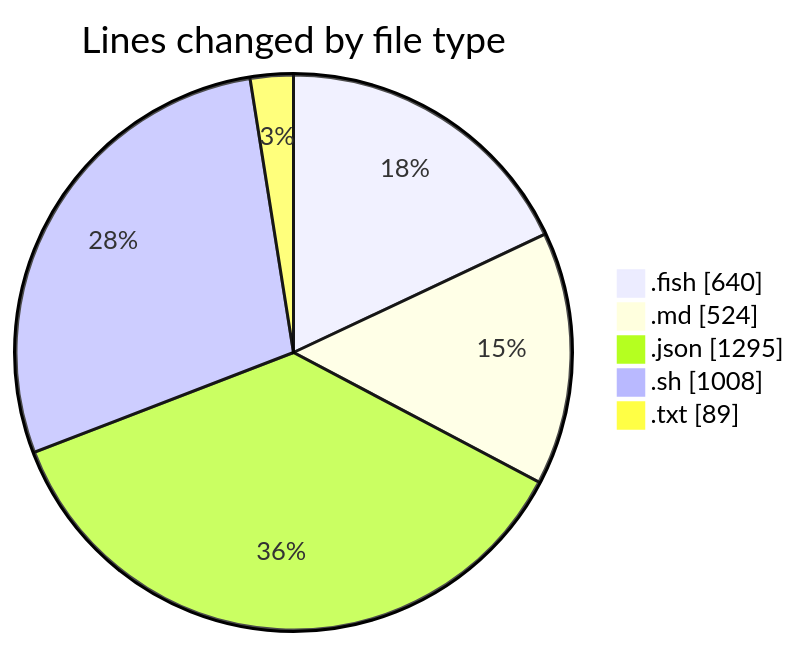
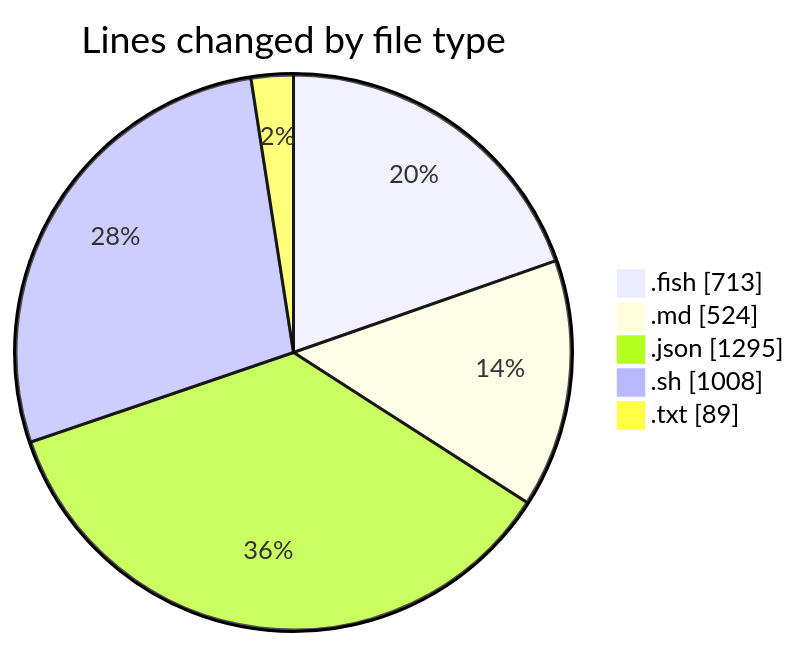
Before and after one commit to EIIisD/code-tracking: the first of 2 diagrams in 2025-07-10/fish/README.md, drawn with Mermaid. The commit also changed other lines of this file and 1 other file, not shown here.

````diff
--- a/2025-07-10/fish/README.md
+++ b/2025-07-10/fish/README.md
@@ -28,9 +28,9 @@
 ```mermaid
 pie showData
 title Lines changed by file type
-".fish" : 640
+".fish" : 713
 ".md" : 524
 ".json" : 1295
 ".sh" : 1008
 ".txt" : 89
 ```
````
